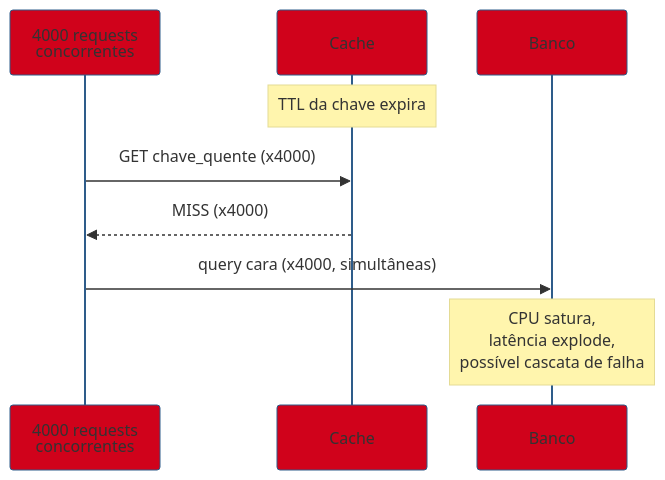
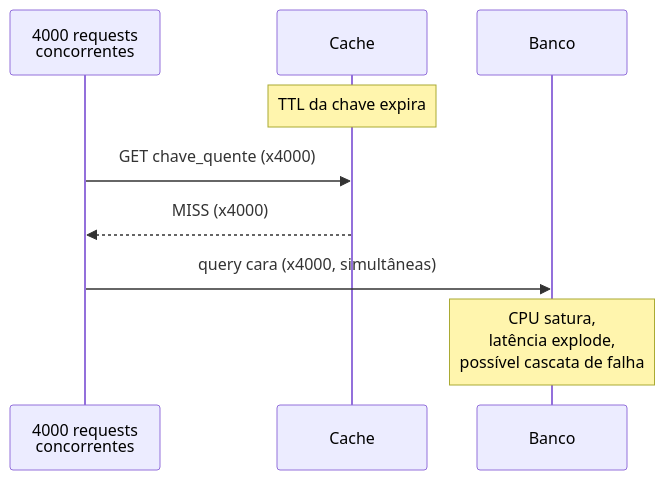
Before and after one commit to josenaldo/codex-technomanticus: the fourth of 6 diagrams in 03-Dominios/Engenharia/Arquitetura/System Design/2 - Building blocks/02 - Caching.md, drawn with Mermaid. The commit also changed other lines of this file and 1181 other files, not shown here.

First line of the commit message:
fix(diagramas): paleta do sistema no lugar de cor cravada no markdown

````diff
--- a/03-Dominios/Engenharia/Arquitetura/System Design/2 - Building blocks/02 - Caching.md
+++ b/03-Dominios/Engenharia/Arquitetura/System Design/2 - Building blocks/02 - Caching.md
@@ -224,12 +221,11 @@
 ```mermaid
-%%{init: {"theme": "base", "themeVariables": {"primaryColor": "#D0021B", "primaryBorderColor": "#2E5C8A", "lineColor": "#D0021B"}}}%%
 sequenceDiagram
     participant Reqs as 4000 requests<br/>concorrentes
     participant Cache
     participant DB as Banco
     Note over Cache: TTL da chave expira
     Reqs->>Cache: GET chave_quente (x4000)
     Cache-->>Reqs: MISS (x4000)
     Reqs->>DB: query cara (x4000, simultâneas)
     Note over DB: CPU satura,<br/>latência explode,<br/>possível cascata de falha
 ```
````
